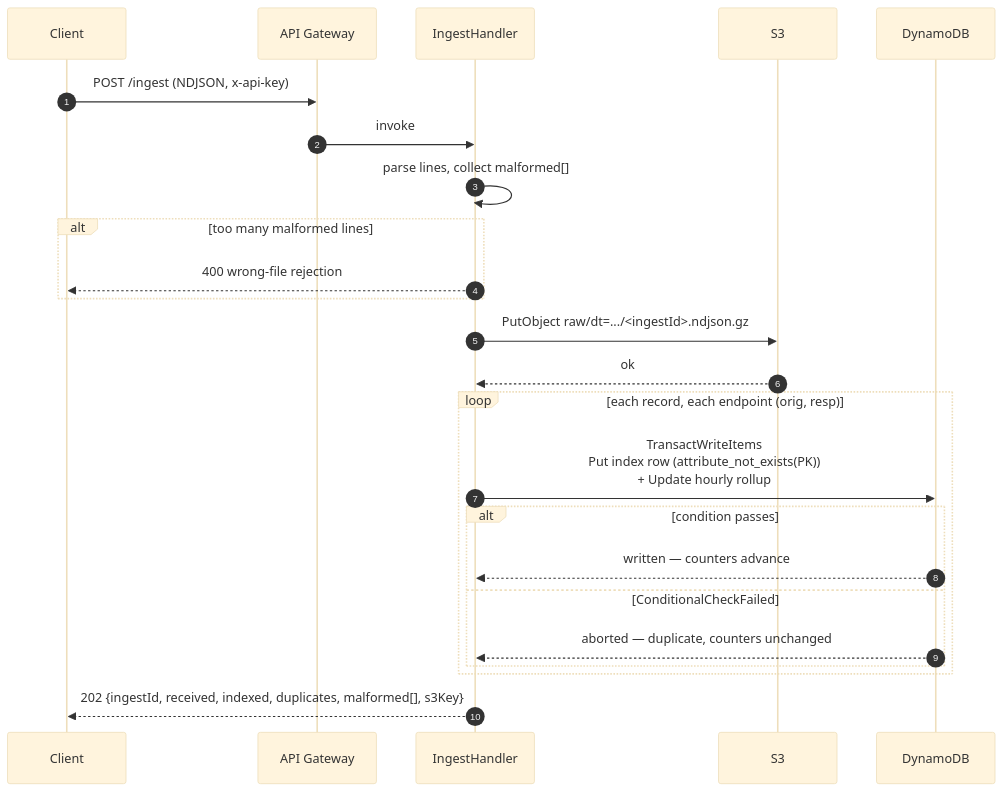
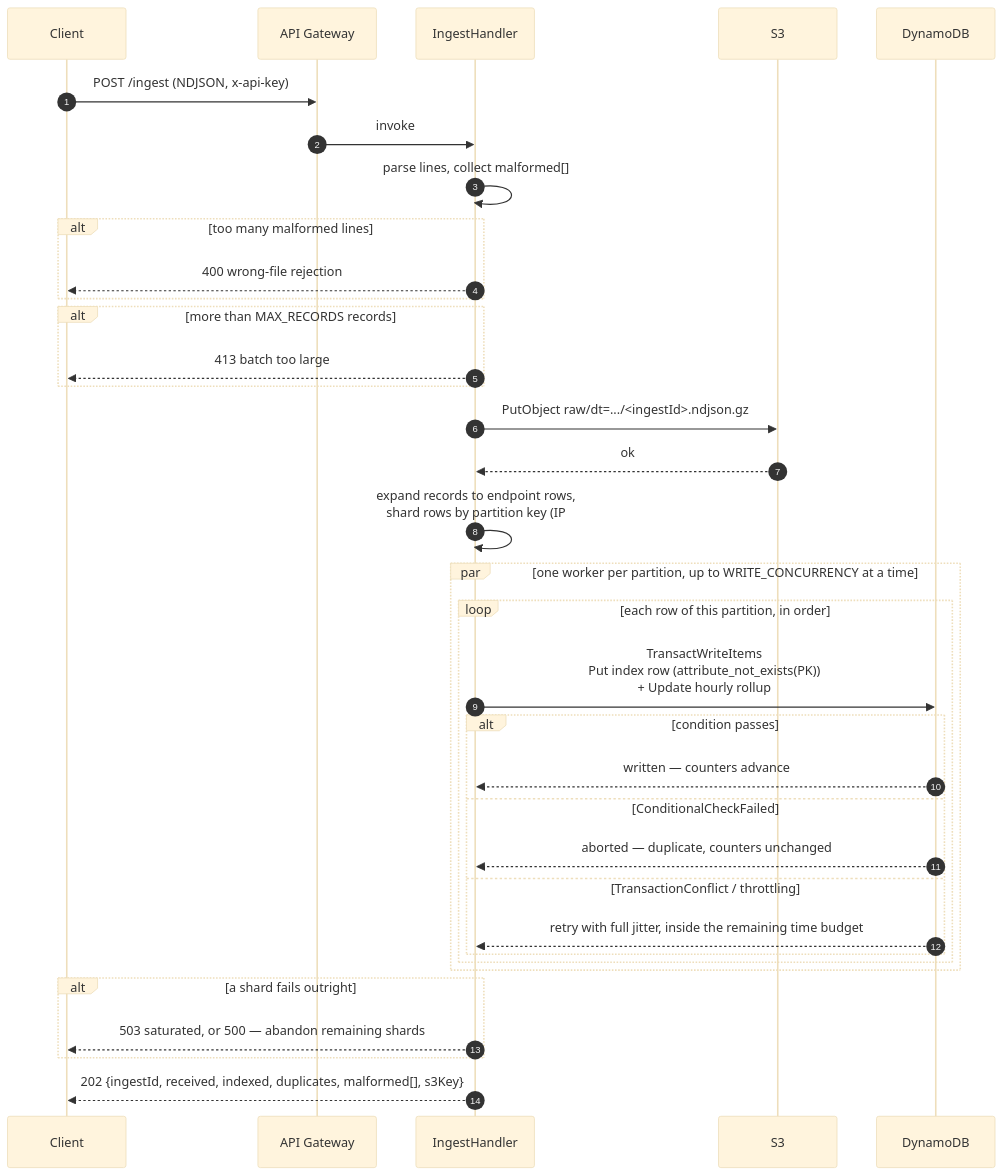
The third of 4 diagrams in README.md (norgon1123/flowdex), drawn with Mermaid (base theme) before and after one commit. The commit also changed other lines of this file and 2 other files, not shown here.

````diff
--- a/README.md
+++ b/README.md
@@ -105,31 +114,45 @@
 ```mermaid
 sequenceDiagram
     autonumber
     participant C as Client
     participant G as API Gateway
     participant L as IngestHandler
     participant S as S3
     participant D as DynamoDB
 
     C->>G: POST /ingest (NDJSON, x-api-key)
     G->>L: invoke
 
     L->>L: parse lines, collect malformed[]
     alt too many malformed lines
         L-->>C: 400 wrong-file rejection
     end
 
+    alt more than MAX_RECORDS records
+        L-->>C: 413 batch too large
+    end
+
     L->>S: PutObject raw/dt=.../<ingestId>.ndjson.gz
     S-->>L: ok
 
-    loop each record, each endpoint (orig, resp)
-        L->>D: TransactWriteItems<br/>Put index row (attribute_not_exists(PK))<br/>+ Update hourly rollup
-        alt condition passes
-            D-->>L: written — counters advance
-        else ConditionalCheckFailed
-            D-->>L: aborted — duplicate, counters unchanged
+    L->>L: expand records to endpoint rows,<br/>shard rows by partition key (IP#addr)
+
+    par one worker per partition, up to WRITE_CONCURRENCY at a time
+        loop each row of this partition, in order
+            L->>D: TransactWriteItems<br/>Put index row (attribute_not_exists(PK))<br/>+ Update hourly rollup
+            alt condition passes
+                D-->>L: written — counters advance
+            else ConditionalCheckFailed
+                D-->>L: aborted — duplicate, counters unchanged
+            else TransactionConflict / throttling
+                D-->>L: retry with full jitter, inside the remaining time budget
+            end
         end
+    end
+
+    alt a shard fails outright
+        L-->>C: 503 saturated, or 500 — abandon remaining shards
     end
 
     L-->>C: 202 {ingestId, received, indexed, duplicates, malformed[], s3Key}
 ```
````
